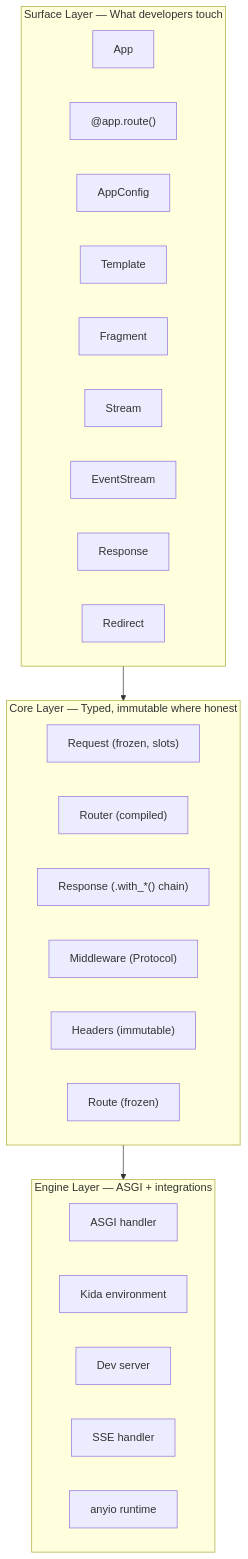
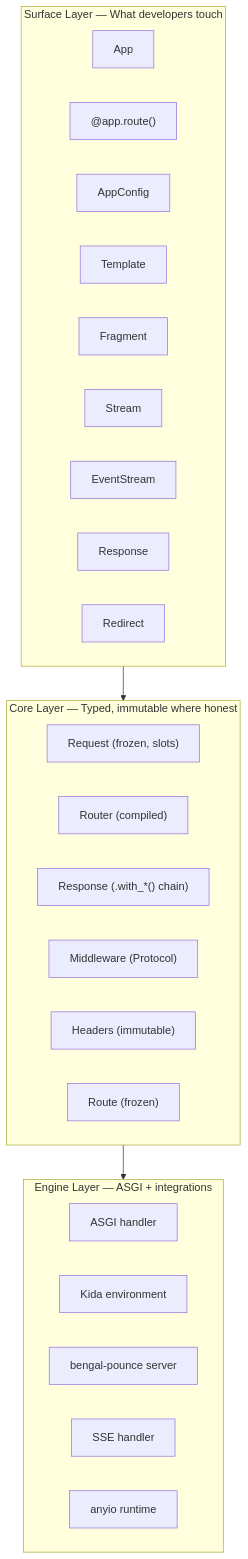
The first of 3 diagrams in site/content/docs/about/architecture.md (lbliii/chirp), drawn with Mermaid before and after one commit. The commit also changed other lines of this file and 91 other files, not shown here.

````diff
--- a/site/content/docs/about/architecture.md
+++ b/site/content/docs/about/architecture.md
@@ -17,33 +25,33 @@
 ```mermaid
 flowchart TD
     subgraph Surface["Surface Layer — What developers touch"]
         S1["App"]
         S2["@app.route()"]
         S3["AppConfig"]
         S4["Template"]
         S5["Fragment"]
         S6["Stream"]
         S7["EventStream"]
         S8["Response"]
         S9["Redirect"]
     end
 
     subgraph Core["Core Layer — Typed, immutable where honest"]
         C1["Request (frozen, slots)"]
         C2["Router (compiled)"]
         C3["Response (.with_*() chain)"]
         C4["Middleware (Protocol)"]
         C5["Headers (immutable)"]
         C6["Route (frozen)"]
     end
 
     subgraph Engine["Engine Layer — ASGI + integrations"]
         E1["ASGI handler"]
         E2["Kida environment"]
-        E3["Dev server"]
+        E3["bengal-pounce server"]
         E4["SSE handler"]
         E5["anyio runtime"]
     end
 
     Surface --> Core --> Engine
 ```
````
